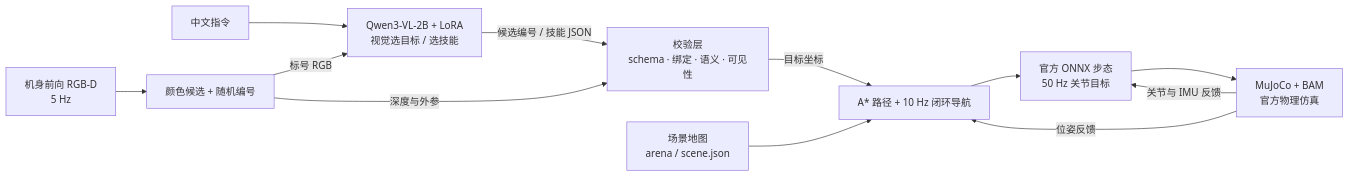
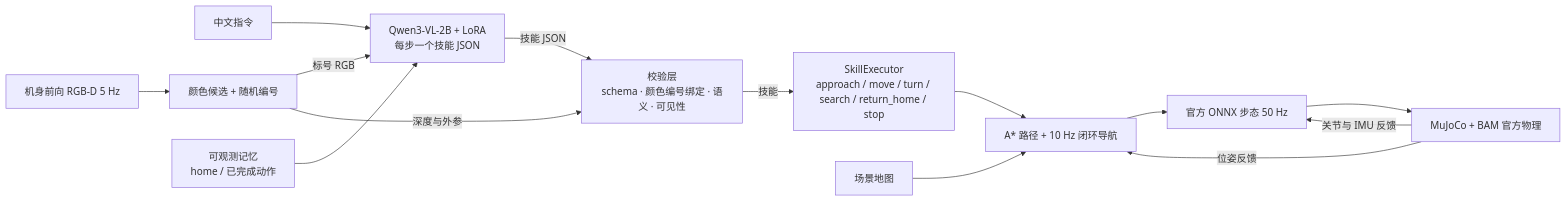
Before and after one commit to atlasmarkz/microduck-qwen: the diagram in README.md, drawn with Mermaid. The commit also changed other lines of this file and 6 other files, not shown here.

````diff
--- a/README.md
+++ b/README.md
@@ -15,14 +14,16 @@
 ```mermaid
 flowchart LR
-    U["中文指令"] --> V["Qwen3-VL-2B + LoRA<br/>视觉选目标 / 选技能"]
-    S["机身前向 RGB-D<br/>5 Hz"] --> C["颜色候选 + 随机编号"]
+    U["中文指令"] --> V["Qwen3-VL-2B + LoRA<br/>每步一个技能 JSON"]
+    S["机身前向 RGB-D 5 Hz"] --> C["颜色候选 + 随机编号"]
     C -->|标号 RGB| V
-    V -->|候选编号 / 技能 JSON| L["校验层<br/>schema · 绑定 · 语义 · 可见性"]
+    H["可观测记忆<br/>home / 已完成动作"] --> V
+    V -->|技能 JSON| L["校验层<br/>schema · 颜色编号绑定 · 语义 · 可见性"]
     C -->|深度与外参| L
-    L -->|目标坐标| N["A* 路径 + 10 Hz 闭环导航"]
-    A["场景地图<br/>arena / scene.json"] --> N
-    N --> G["官方 ONNX 步态<br/>50 Hz 关节目标"]
-    G --> M["MuJoCo + BAM<br/>官方物理仿真"]
+    L -->|技能| K["SkillExecutor<br/>approach / move / turn / search / return_home / stop"]
+    K --> N["A* 路径 + 10 Hz 闭环导航"]
+    A["场景地图"] --> N
+    N --> G["官方 ONNX 步态 50 Hz"]
+    G --> M["MuJoCo + BAM 官方物理"]
     M -->|位姿反馈| N
     M -->|关节与 IMU 反馈| G
 ```
````
